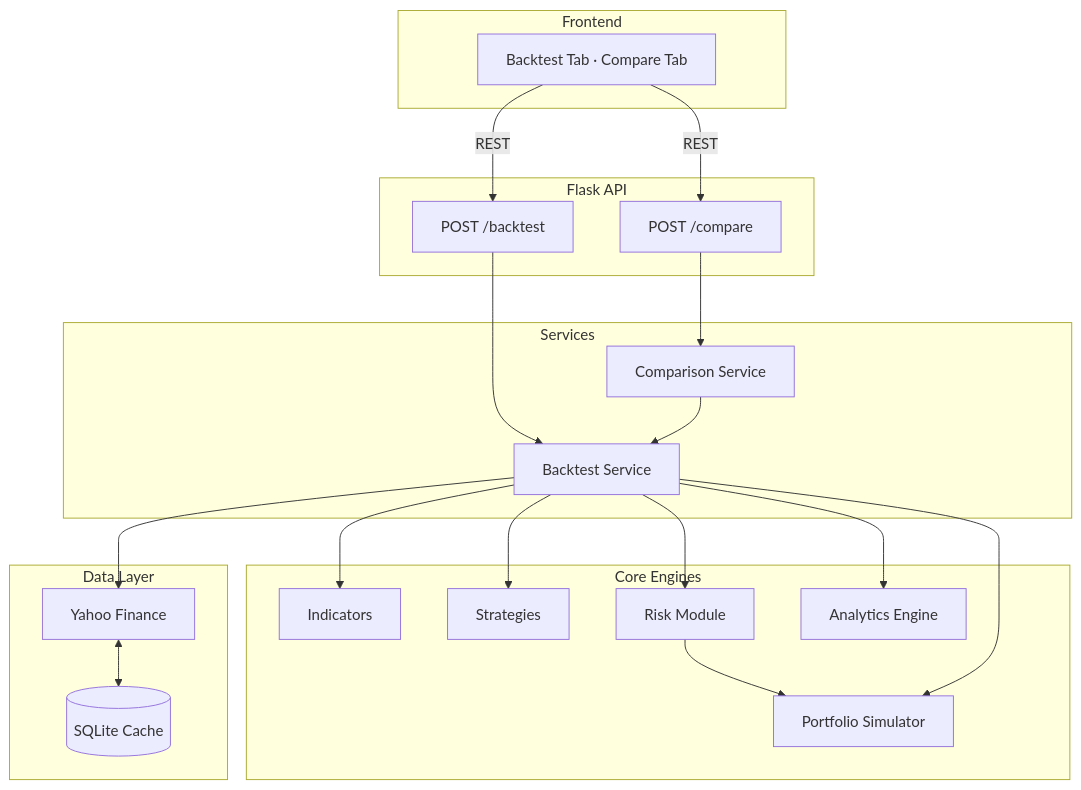
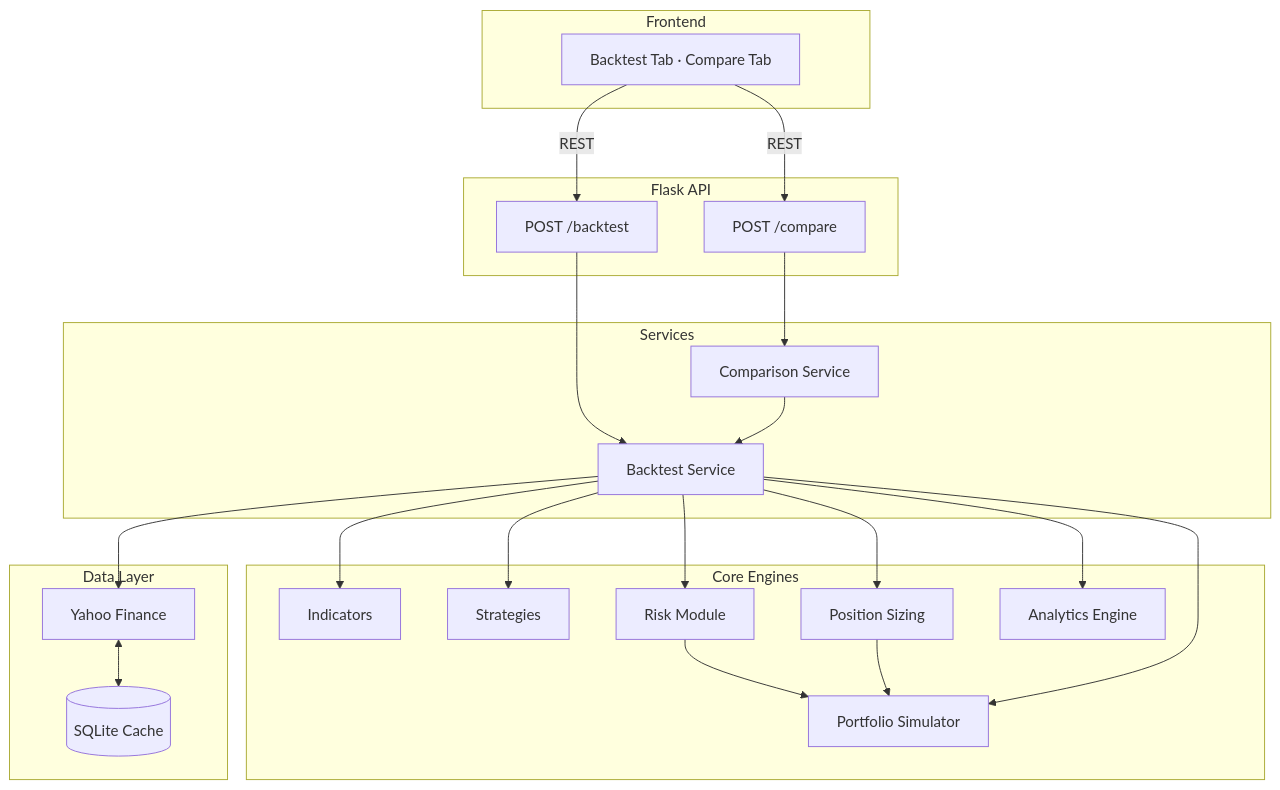
The diagram in README.md (divyansh-agg29/TradeStrat), drawn with Mermaid before and after one commit. The commit also changed other lines of this file and 29 other files, not shown here.

Commit message:
Add position sizing

````diff
--- a/README.md
+++ b/README.md
@@ -27,43 +28,46 @@
 ```mermaid
 graph TD
     subgraph Frontend
         UI[Backtest Tab · Compare Tab]
     end
 
     subgraph API[Flask API]
         B[POST /backtest]
         C[POST /compare]
     end
 
     subgraph Services
         BS[Backtest Service]
         CS[Comparison Service]
     end
 
     subgraph Engines[Core Engines]
         IND[Indicators]
         STR[Strategies]
         RISK[Risk Module]
+        PS[Position Sizing]
         SIM[Portfolio Simulator]
         ANA[Analytics Engine]
     end
 
     subgraph Data[Data Layer]
         DL[Yahoo Finance]
         DB[(SQLite Cache)]
     end
 
     UI -->|REST| B
     UI -->|REST| C
     B --> BS
     C --> CS
     CS --> BS
     BS --> IND
     BS --> STR
     BS --> RISK
+    BS --> PS
     RISK --> SIM
+    PS --> SIM
     BS --> SIM
     BS --> ANA
     BS --> DL
     DL <--> DB
 ```
````
